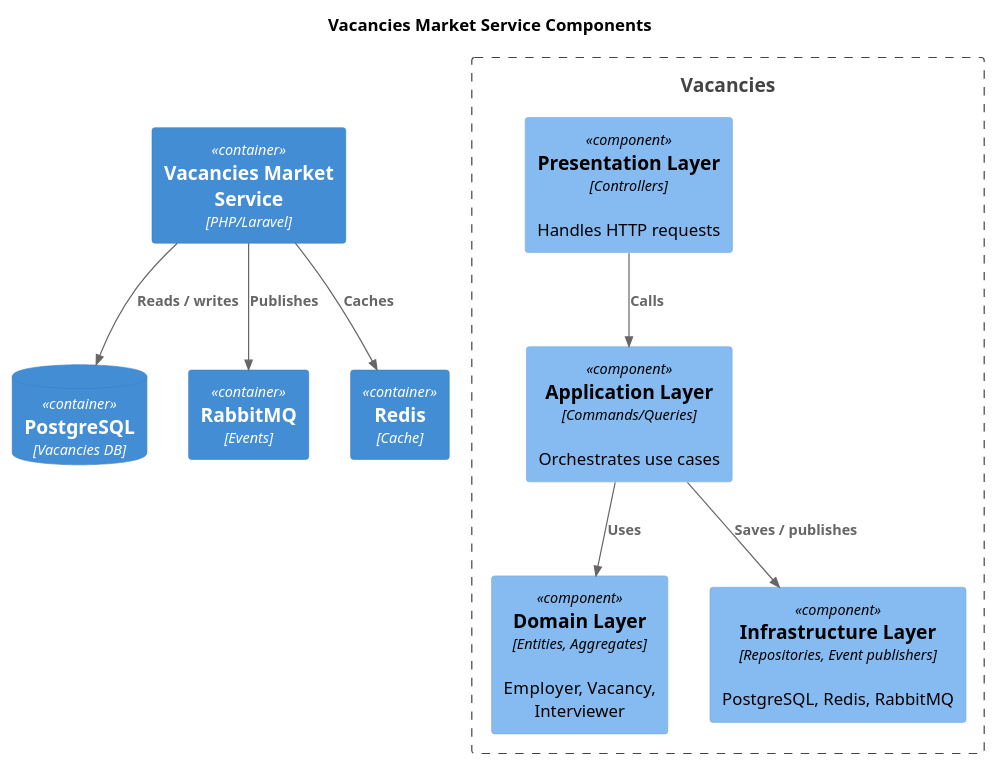
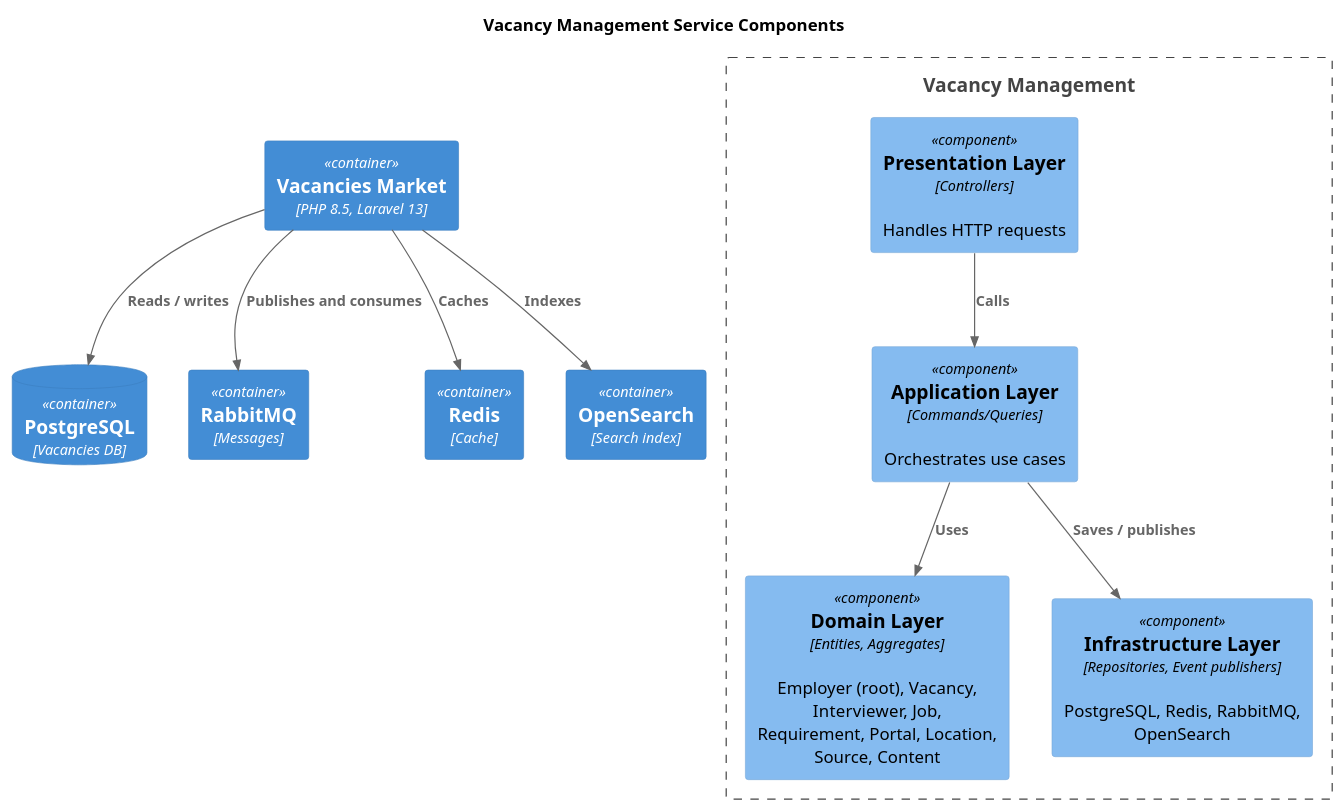
Before and after one commit to AIJobResearcher/docs: the diagram in docs/c4/components-vacancies-market.puml, drawn with PlantUML. The commit also changed 61 other files, not shown here.

```diff
--- a/docs/c4/components-vacancies-market.puml
+++ b/docs/c4/components-vacancies-market.puml
@@ -1,27 +1,29 @@
 @startuml
 !include https://raw.githubusercontent.com/plantuml-stdlib/C4-PlantUML/master/C4_Component.puml
 
-title Vacancies Market Service Components
+title Vacancy Management Service Components
 
-Container(vacancies, "Vacancies Market Service", "PHP/Laravel")
+Container(vacancies, "Vacancies Market", "PHP 8.5, Laravel 13")
 
-Boundary(vacancies_boundary, "Vacancies") {
+Boundary(vacancies_boundary, "Vacancy Management") {
     Component(presentation, "Presentation Layer", "Controllers", "Handles HTTP requests")
     Component(application, "Application Layer", "Commands/Queries", "Orchestrates use cases")
-    Component(domain, "Domain Layer", "Entities, Aggregates", "Employer, Vacancy, Interviewer")
-    Component(infrastructure, "Infrastructure Layer", "Repositories, Event publishers", "PostgreSQL, Redis, RabbitMQ")
+    Component(domain, "Domain Layer", "Entities, Aggregates", "Employer (root), Vacancy, Interviewer, Job, Requirement, Portal, Location, Source, Content")
+    Component(infrastructure, "Infrastructure Layer", "Repositories, Event publishers", "PostgreSQL, Redis, RabbitMQ, OpenSearch")
 
     Rel(presentation, application, "Calls")
     Rel(application, domain, "Uses")
     Rel(application, infrastructure, "Saves / publishes")
 }
 
 ContainerDb(postgres, "PostgreSQL", "Vacancies DB")
-Container(rabbitmq, "RabbitMQ", "Events")
+Container(rabbitmq, "RabbitMQ", "Messages")
 Container(redis, "Redis", "Cache")
+Container(opensearch, "OpenSearch", "Search index")
 
 Rel(vacancies, postgres, "Reads / writes")
-Rel(vacancies, rabbitmq, "Publishes")
+Rel(vacancies, rabbitmq, "Publishes and consumes")
 Rel(vacancies, redis, "Caches")
+Rel(vacancies, opensearch, "Indexes")
 
 @enduml
```
